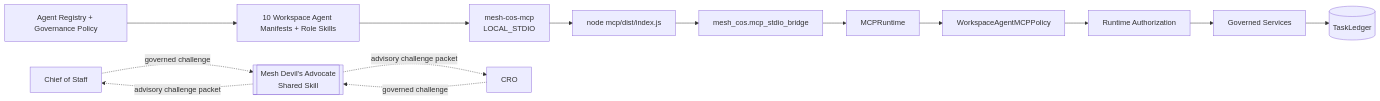
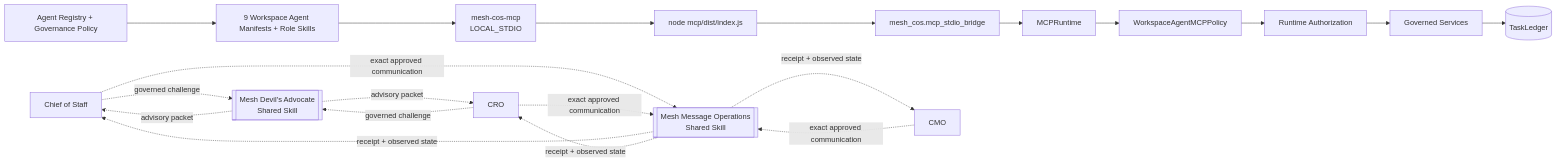
The diagram in AGENTS.md (mkleinbe/mesh-ai-agent-cos-universe), drawn with Mermaid before and after one commit. The commit also changed other lines of this file, not shown here.

Commit message:
docs: align agent instructions to v3 message operations model

````diff
--- a/AGENTS.md
+++ b/AGENTS.md
@@ -28,16 +29,24 @@
 ```mermaid
 flowchart LR
-    R[Agent Registry + Governance Policy] --> WA[10 Workspace Agent Manifests + Role Skills]
+    R[Agent Registry + Governance Policy] --> WA[9 Workspace Agent Manifests + Role Skills]
     WA --> MCP[mesh-cos-mcp\nLOCAL_STDIO]
     MCP --> NODE[node mcp/dist/index.js]
     NODE --> BRIDGE[mesh_cos.mcp_stdio_bridge]
     BRIDGE --> RT[MCPRuntime]
     RT --> MP[WorkspaceAgentMCPPolicy]
     MP --> AUTH[Runtime Authorization]
     AUTH --> GOV[Governed Services]
     GOV --> L[(TaskLedger)]
+
     COS[Chief of Staff] -. governed challenge .-> DA[[Mesh Devil's Advocate\nShared Skill]]
     CRO[CRO] -. governed challenge .-> DA
-    DA -. advisory challenge packet .-> COS
-    DA -. advisory challenge packet .-> CRO
+    DA -. advisory packet .-> COS
+    DA -. advisory packet .-> CRO
+
+    COS -. exact approved communication .-> MSG[[Mesh Message Operations\nShared Skill]]
+    CRO -. exact approved communication .-> MSG
+    CMO[CMO] -. exact approved communication .-> MSG
+    MSG -. receipt + observed state .-> COS
+    MSG -. receipt + observed state .-> CRO
+    MSG -. receipt + observed state .-> CMO
 ```
````
